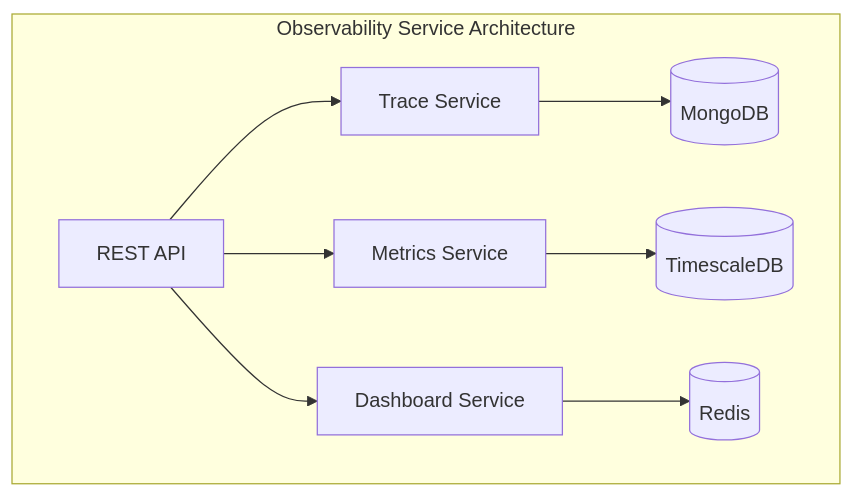
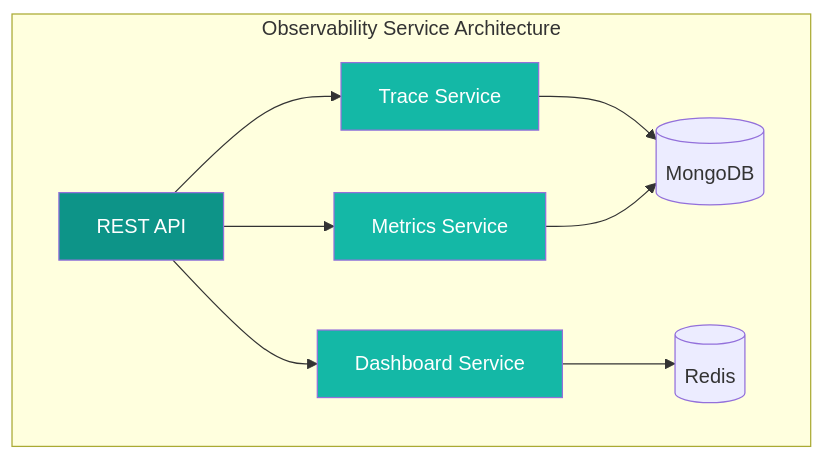
One commit to mlflow/mlflow changed the fifth of 17 diagrams in GENESIS_PLATFORM_MICROSERVICES_ARCHITECTURE.md. Above: the diagram before and after it, drawn with Mermaid. The commit also changed other lines of this file and 1 other file, not shown here.

First line of the commit message:
Simplify microservices architecture and improve diagram visibility

````diff
--- a/GENESIS_PLATFORM_MICROSERVICES_ARCHITECTURE.md
+++ b/GENESIS_PLATFORM_MICROSERVICES_ARCHITECTURE.md
@@ -230,17 +230,22 @@
 ```mermaid
 graph TD
     subgraph "Observability Service Architecture"
         API[REST API]
         TS[Trace Service]
         MS[Metrics Service]
         DS[Dashboard Service]
         
         API --> TS
         API --> MS
         API --> DS
         
         TS --> MDB[(MongoDB)]
-        MS --> TDB[(TimescaleDB)]
+        MS --> MDB
         DS --> CACHE[(Redis)]
     end
+    
+    style API fill:#0d9488,color:#fff
+    style TS fill:#14b8a6,color:#fff
+    style MS fill:#14b8a6,color:#fff
+    style DS fill:#14b8a6,color:#fff
 ```
````
